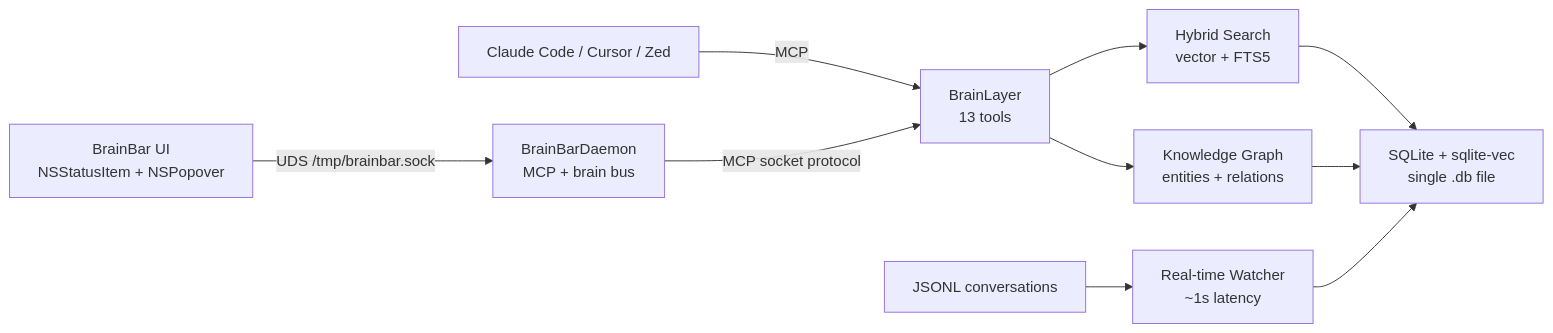
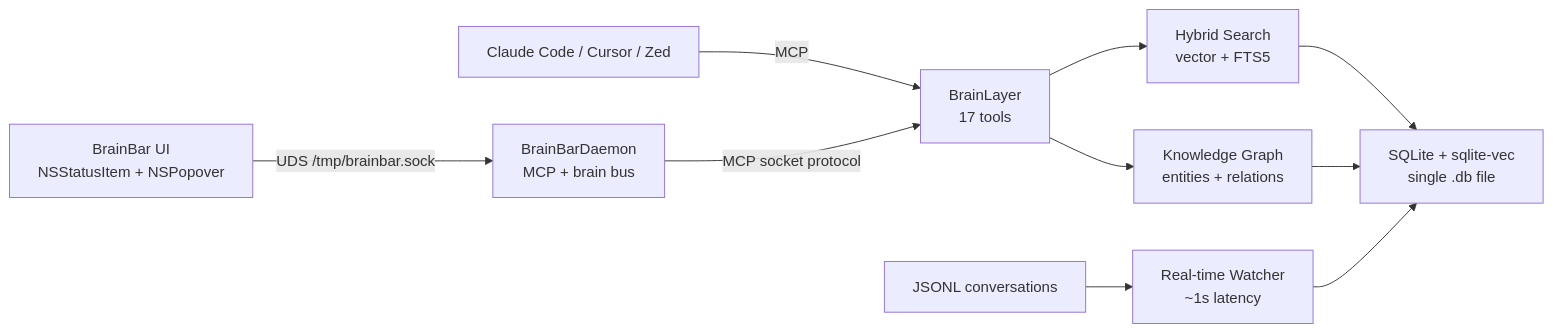
The first of 2 diagrams in README.md (EtanHey/brainlayer), drawn with Mermaid before and after one commit. The commit also changed other lines of this file and 15 other files, not shown here.

````diff
--- a/README.md
+++ b/README.md
@@ -110,12 +150,12 @@
 ```mermaid
 graph LR
-    A["Claude Code / Cursor / Zed"] -->|MCP| B["BrainLayer<br/>13 tools"]
+    A["Claude Code / Cursor / Zed"] -->|MCP| B["BrainLayer<br/>17 tools"]
     B --> C["Hybrid Search<br/>vector + FTS5"]
     C --> D["SQLite + sqlite-vec<br/>single .db file"]
     B --> KG["Knowledge Graph<br/>entities + relations"]
     KG --> D
     E["JSONL conversations"] --> W["Real-time Watcher<br/>~1s latency"]
     W --> D
     I["BrainBar UI<br/>NSStatusItem + NSPopover"] -->|UDS /tmp/brainbar.sock| BB["BrainBarDaemon<br/>MCP + brain bus"]
     BB -->|MCP socket protocol| B
 ```
````
